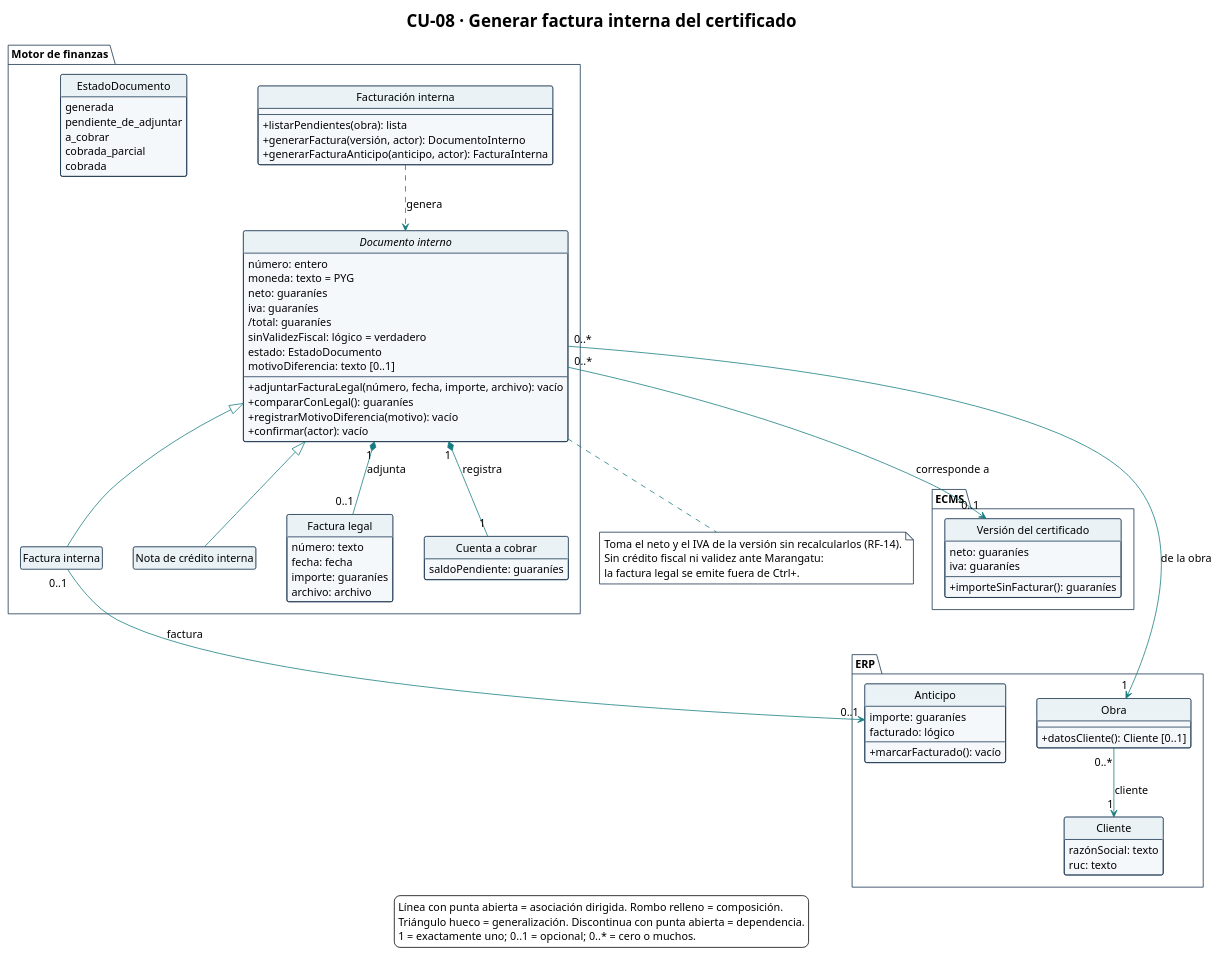
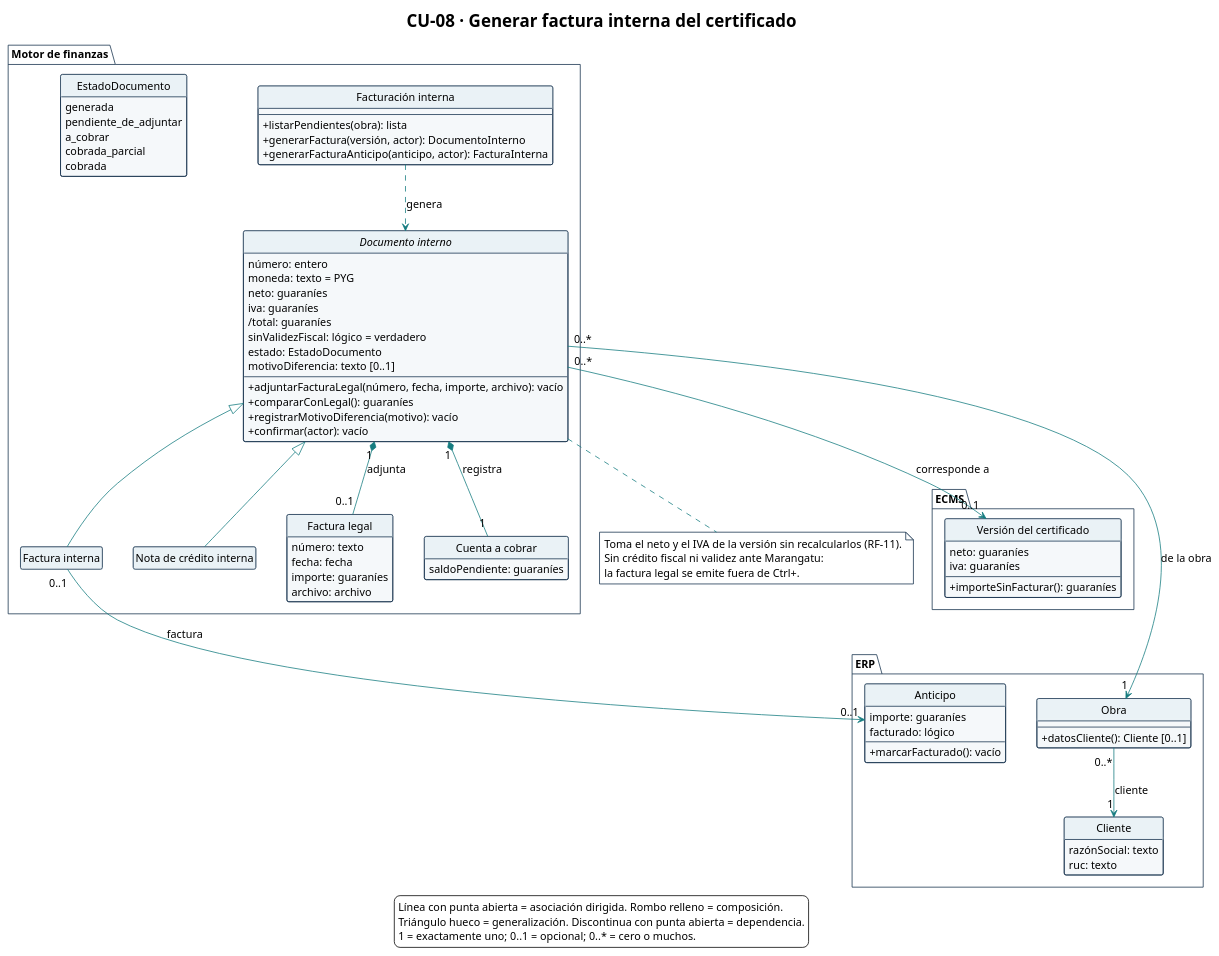
Before and after one commit to Ssrrb/tpf-uca: the diagram in diagramas/CU-08-clases.puml, drawn with PlantUML. The commit also changed 43 other files, not shown here.

```diff
--- a/diagramas/CU-08-clases.puml
+++ b/diagramas/CU-08-clases.puml
@@ -1,124 +1,124 @@
 @startuml
 !theme plain
 skinparam style strictuml
 title CU-08 · Generar factura interna del certificado
 hide circle
 hide empty methods
 hide empty fields
 skinparam shadowing false
 skinparam classAttributeIconSize 0
 skinparam defaultFontName Arial
 skinparam defaultFontSize 14
 skinparam nodesep 40
 skinparam ranksep 50
 skinparam ArrowColor #167C80
 skinparam class {
   BackgroundColor #F5F8FA
   BorderColor #17324D
   HeaderBackgroundColor #EAF2F6
 }
 skinparam package {
   BackgroundColor #FFFFFF
   BorderColor #17324D
 }
 skinparam note {
   BackgroundColor #FFFFFF
   BorderColor #17324D
 }
 package "Motor de finanzas" {
   class "Facturación interna" as Facturacion {
     --
     + listarPendientes(obra): lista
     + generarFactura(versión, actor): DocumentoInterno
     + generarFacturaAnticipo(anticipo, actor): FacturaInterna
   }
 
   enum EstadoDocumento {
     generada
     pendiente_de_adjuntar
     a_cobrar
     cobrada_parcial
     cobrada
   }
 
   abstract class "Documento interno" as DocumentoInterno {
     número: entero
     moneda: texto = PYG
     neto: guaraníes
     iva: guaraníes
     /total: guaraníes
     sinValidezFiscal: lógico = verdadero
     estado: EstadoDocumento
     motivoDiferencia: texto [0..1]
     --
     + adjuntarFacturaLegal(número, fecha, importe, archivo): vacío
     + compararConLegal(): guaraníes
     + registrarMotivoDiferencia(motivo): vacío
     + confirmar(actor): vacío
   }
 
   class "Factura interna" as FacturaInterna
   class "Nota de crédito interna" as NotaCreditoInterna
 
   class "Factura legal" as FacturaLegal {
     número: texto
     fecha: fecha
     importe: guaraníes
     archivo: archivo
   }
 
   class "Cuenta a cobrar" as CuentaACobrar {
     saldoPendiente: guaraníes
   }
 }
 
 package "ECMS" {
   class "Versión del certificado" as VersionCertificado {
     neto: guaraníes
     iva: guaraníes
     --
     + importeSinFacturar(): guaraníes
   }
 }
 
 package "ERP" {
   class Obra {
     --
     + datosCliente(): Cliente [0..1]
   }
 
   class Anticipo {
     importe: guaraníes
     facturado: lógico
     --
     + marcarFacturado(): vacío
   }
 
   class Cliente {
     razónSocial: texto
     ruc: texto
   }
 }
 
 DocumentoInterno <|-- FacturaInterna
 DocumentoInterno <|-- NotaCreditoInterna
 DocumentoInterno "0..*" --> "0..1" VersionCertificado : corresponde a
 FacturaInterna "0..1" --> "0..1" Anticipo : factura
 DocumentoInterno "1" *-- "0..1" FacturaLegal : adjunta
 DocumentoInterno "1" *-- "1" CuentaACobrar : registra
 DocumentoInterno "0..*" --> "1" Obra : de la obra
 Obra "0..*" --> "1" Cliente : cliente
 Facturacion ..> DocumentoInterno : genera
 
 note bottom of DocumentoInterno
-  Toma el neto y el IVA de la versión sin recalcularlos (RF-14).
+  Toma el neto y el IVA de la versión sin recalcularlos (RF-11).
   Sin crédito fiscal ni validez ante Marangatu:
   la factura legal se emite fuera de Ctrl+.
 end note
 
 legend bottom
   Línea con punta abierta = asociación dirigida. Rombo relleno = composición.
   Triángulo hueco = generalización. Discontinua con punta abierta = dependencia.
   1 = exactamente uno; 0..1 = opcional; 0..* = cero o muchos.
 endlegend
 @enduml
```
